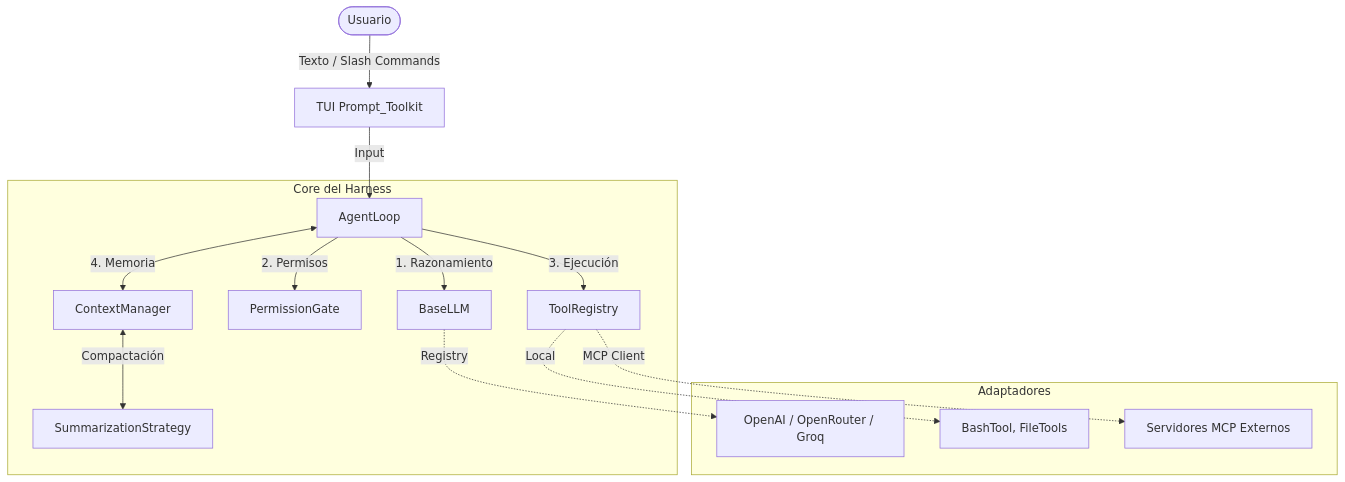
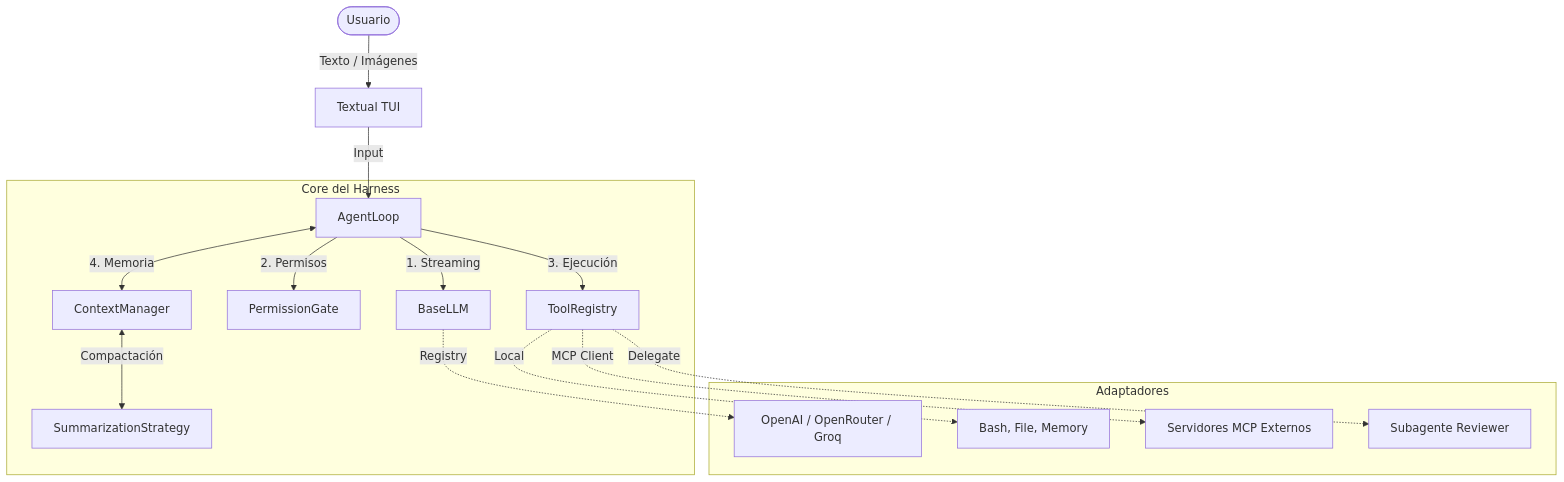
One commit to enriquehernandez/agent-harness changed the diagram in README.md. Above: the diagram before and after it, drawn with Mermaid. The commit also changed other lines of this file and 48 other files, not shown here.

Commit message:
Streaming en la TUI

````diff
--- a/README.md
+++ b/README.md
@@ -22,19 +31,20 @@
 ```mermaid
 graph TD
-    User([Usuario]) -->|Texto / Slash Commands| TUI[TUI Prompt_Toolkit]
+    User([Usuario]) -->|Texto / Imágenes| TUI[Textual TUI]
     TUI -->|Input| Loop[AgentLoop]
     
     subgraph Core ["Core del Harness"]
-        Loop -->|1. Razonamiento| LLM[BaseLLM]
+        Loop -->|1. Streaming| LLM[BaseLLM]
         Loop -->|2. Permisos| Gate[PermissionGate]
         Loop -->|3. Ejecución| Tools[ToolRegistry]
         Loop <-->|4. Memoria| Context[ContextManager]
         Context <-->|Compactación| Compactor[SummarizationStrategy]
     end
     
     subgraph Adaptadores
-        LLM -.->|Registry| OpenAI[OpenAI / OpenRouter / Groq]
-        Tools -.->|Local| Bash[BashTool, FileTools]
+        LLM -.->|Registry| Providers[OpenAI / OpenRouter / Groq]
+        Tools -.->|Local| LocalTools[Bash, File, Memory]
         Tools -.->|MCP Client| MCP[Servidores MCP Externos]
+        Tools -.->|Delegate| Subagent[Subagente Reviewer]
     end
 ```
````
